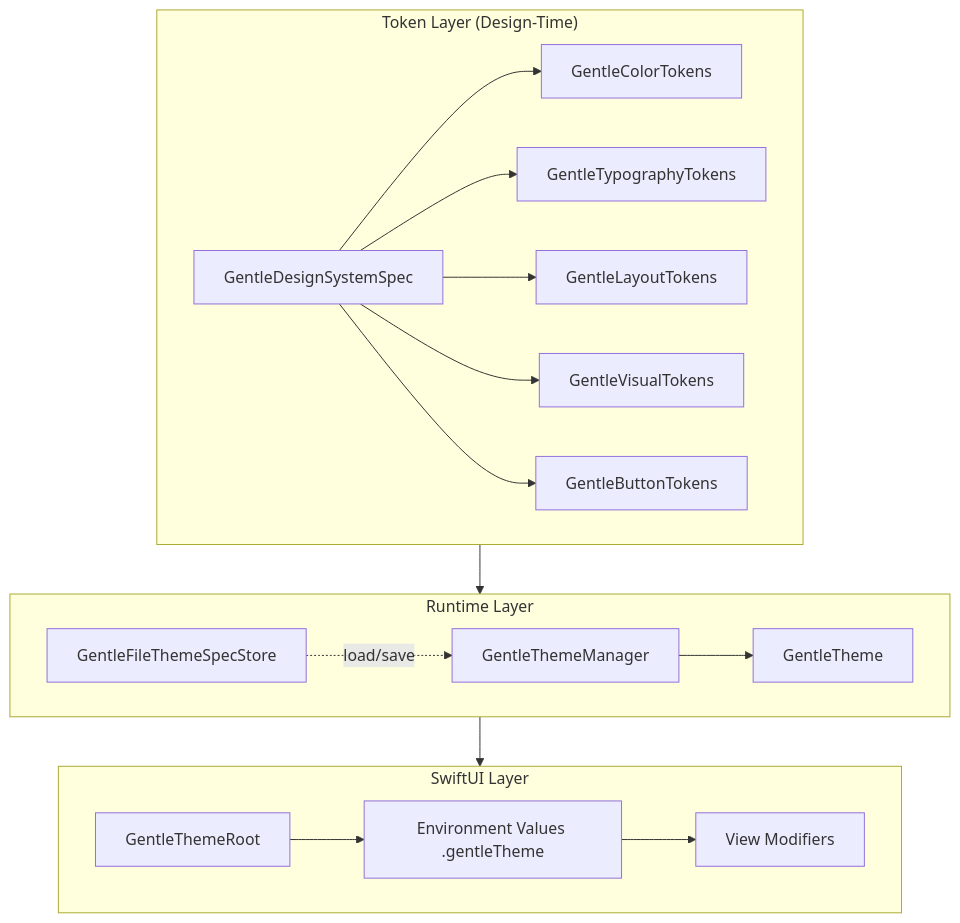
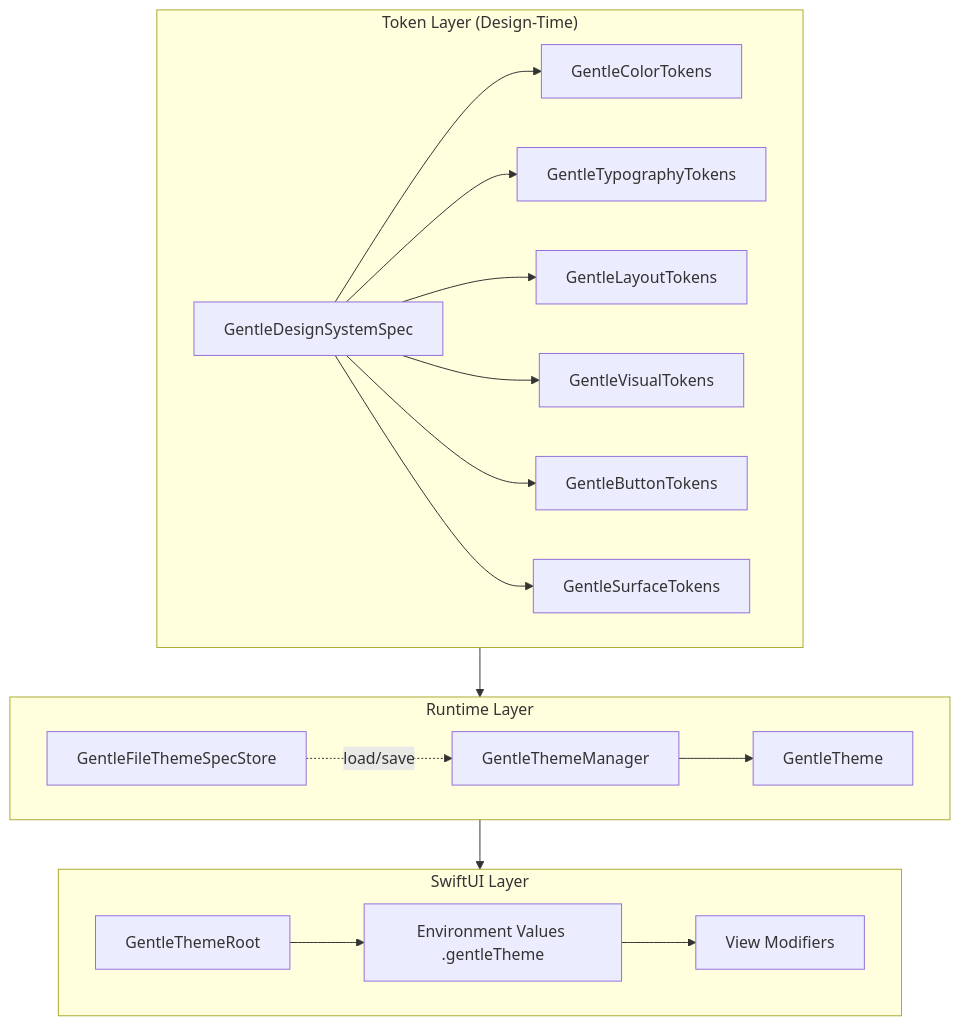
One commit to gentle-giraffe-apps/GentleDesignSystem changed the first of 2 diagrams in README.md. Above: the diagram before and after it, drawn with Mermaid. The commit also changed other lines of this file and 8 other files, not shown here.

````diff
--- a/README.md
+++ b/README.md
@@ -115,30 +115,31 @@
 ```mermaid
 flowchart TB
     subgraph Tokens["Token Layer (Design-Time)"]
         Spec[GentleDesignSystemSpec]
         Spec --> Colors[GentleColorTokens]
         Spec --> Typography[GentleTypographyTokens]
         Spec --> Layout[GentleLayoutTokens]
         Spec --> Visual[GentleVisualTokens]
         Spec --> Buttons[GentleButtonTokens]
+        Spec --> Surfaces[GentleSurfaceTokens]
     end
 
     subgraph Runtime["Runtime Layer"]
         Theme[GentleTheme]
         Manager[GentleThemeManager]
         Store[GentleFileThemeSpecStore]
         Manager --> Theme
         Store -.->|load/save| Manager
     end
 
     subgraph SwiftUI["SwiftUI Layer"]
         Root[GentleThemeRoot]
         Env[Environment Values .gentleTheme]
         Modifiers[View Modifiers]
         Root --> Env
         Env --> Modifiers
     end
 
     Tokens --> Runtime
     Runtime --> SwiftUI
 ```
````
